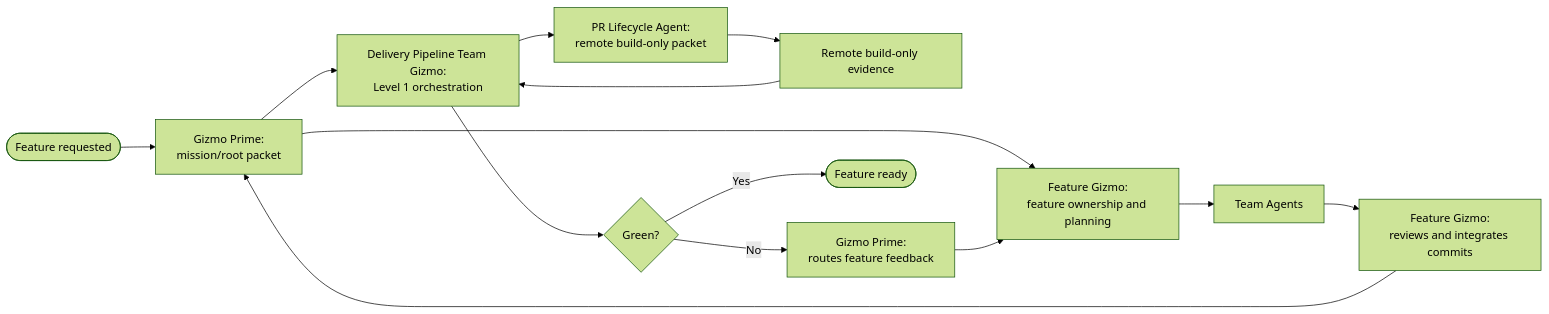
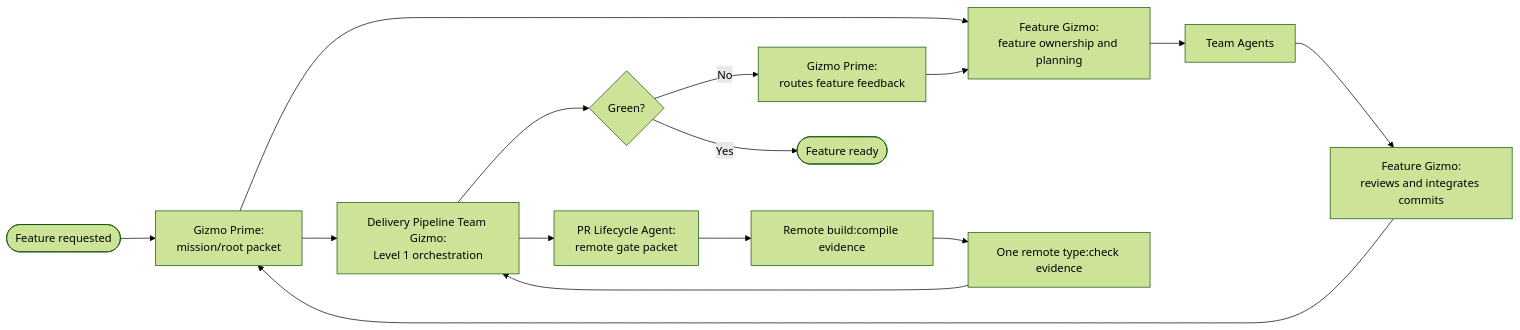
The fourth of 13 diagrams in .cortex/gizmo-prime/architecture/multiagent-delivery-diagrams.md (meta-secret/nook), drawn with Mermaid (forest theme) before and after one commit. The commit also changed other lines of this file and 3 other files, not shown here.

Commit message:
docs: define remote type-check evidence contract

````diff
--- a/.cortex/gizmo-prime/architecture/multiagent-delivery-diagrams.md
+++ b/.cortex/gizmo-prime/architecture/multiagent-delivery-diagrams.md
@@ -220,19 +223,20 @@
 ```mermaid
 flowchart LR
     Request([Feature requested])
     Prime["Gizmo Prime:<br/>mission/root packet"]
     GizmoPlan["Feature Gizmo:<br/>feature ownership and planning"]
     Teams["Team Agents"]
     GizmoManagement["Feature Gizmo:<br/>reviews and integrates commits"]
     Pipeline["Delivery Pipeline Team Gizmo:<br/>Level 1 orchestration"]
-    Steward["PR Lifecycle Agent:<br/>remote build-only packet"]
-    Checks["Remote build-only evidence"]
+    Steward["PR Lifecycle Agent:<br/>remote gate packet"]
+    Build["Remote build:compile evidence"]
+    TypeCheck["One remote type:check evidence"]
     Green{"Green?"}
     Feedback["Gizmo Prime:<br/>routes feature feedback"]
     Ready([Feature ready])
 
     Request --> Prime --> GizmoPlan --> Teams --> GizmoManagement
-    GizmoManagement --> Prime --> Pipeline --> Steward --> Checks --> Pipeline --> Green
+    GizmoManagement --> Prime --> Pipeline --> Steward --> Build --> TypeCheck --> Pipeline --> Green
     Green -- No --> Feedback --> GizmoPlan
     Green -- Yes --> Ready
 ```
````
